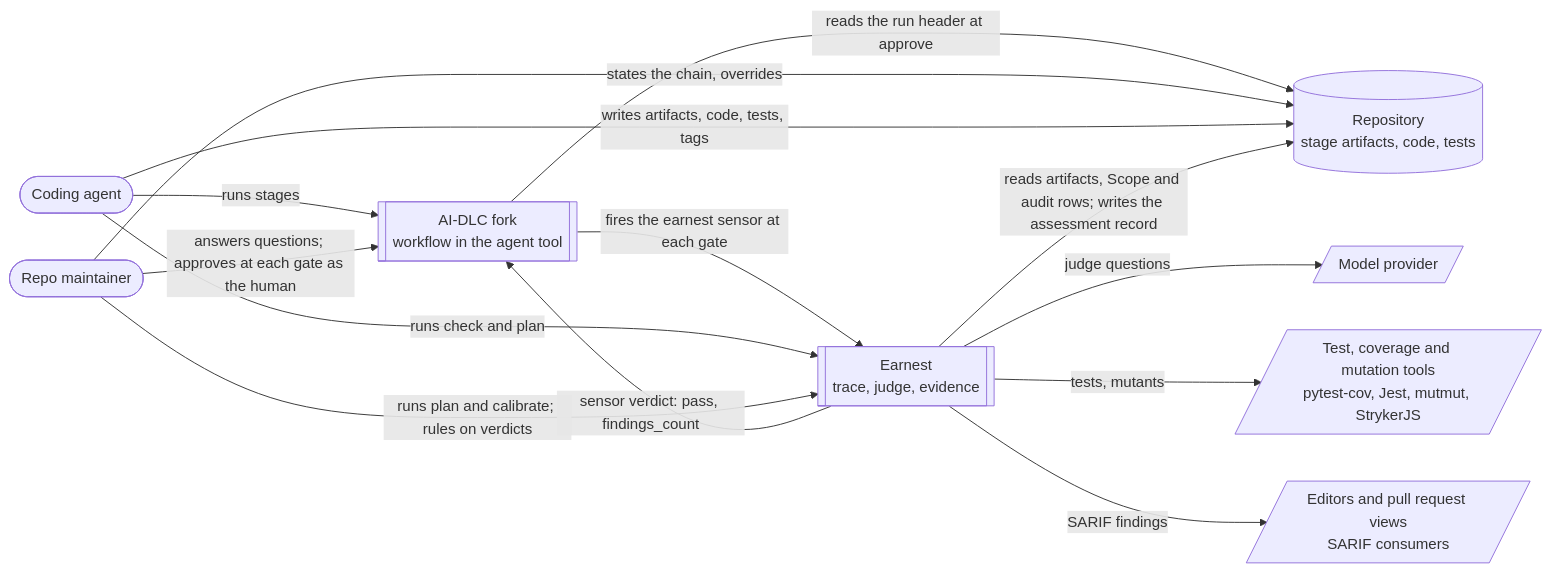
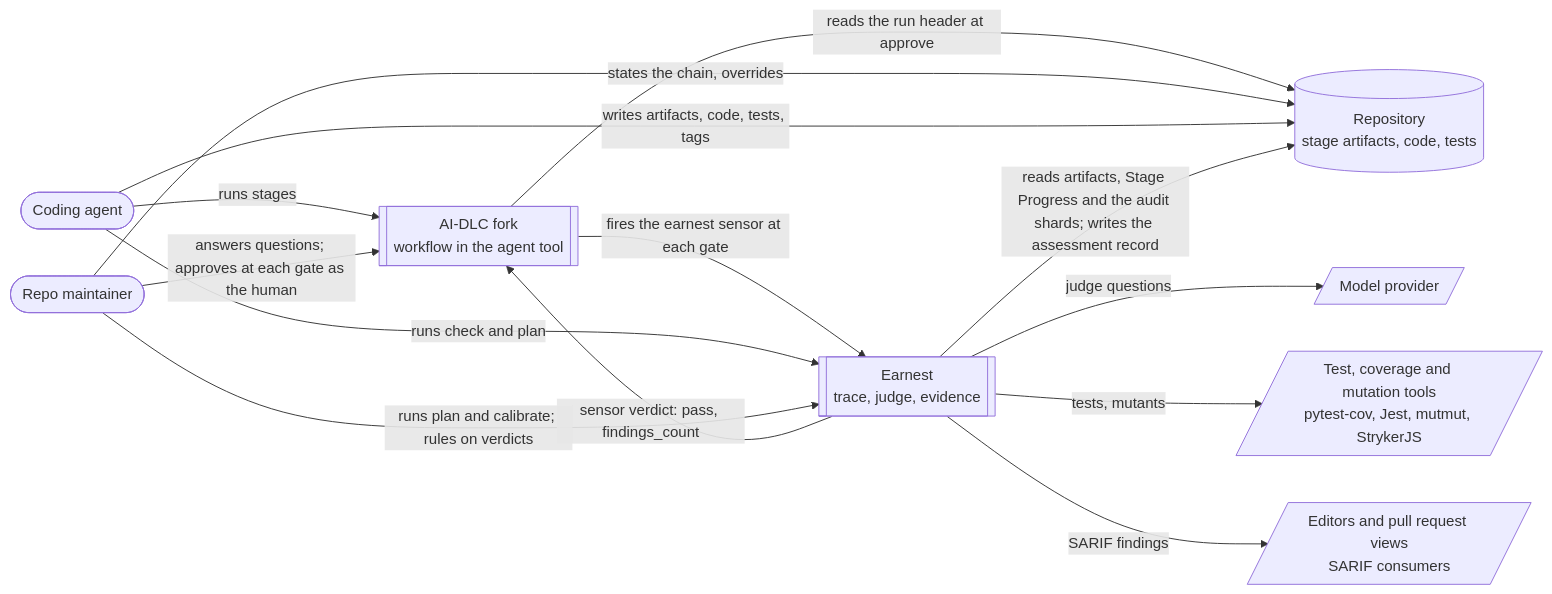
The second of 5 diagrams in docs/design/01-logic-design.md (nullrul/earnest), drawn with Mermaid before and after one commit. The commit also changed other lines of this file and 4 other files, not shown here.

````diff
--- a/docs/design/01-logic-design.md
+++ b/docs/design/01-logic-design.md
@@ -1008,25 +1089,25 @@
 ```mermaid
 flowchart LR
   agent([Coding agent])
   maint([Repo maintainer])
   aidlc[["AI-DLC fork<br/>workflow in the agent tool"]]
   earnest[["Earnest<br/>trace, judge, evidence"]]
   repo[("Repository<br/>stage artifacts, code, tests")]
   model[/"Model provider"/]
   runner[/"Test, coverage and mutation tools<br/>pytest-cov, Jest, mutmut, StrykerJS"/]
   surfaces[/"Editors and pull request views<br/>SARIF consumers"/]
 
   agent -- "runs stages" --> aidlc
   maint -- "answers questions; approves at each gate as the human" --> aidlc
   aidlc -- "fires the earnest sensor at each gate" --> earnest
   earnest -- "sensor verdict: pass, findings_count" --> aidlc
   aidlc -- "reads the run header at approve" --> repo
   agent -- "runs check and plan" --> earnest
   maint -- "runs plan and calibrate; rules on verdicts" --> earnest
   maint -- "states the chain, overrides" --> repo
   agent -- "writes artifacts, code, tests, tags" --> repo
-  earnest -- "reads artifacts, Scope and audit rows; writes the assessment record" --> repo
+  earnest -- "reads artifacts, Stage Progress and the audit shards; writes the assessment record" --> repo
   earnest -- "judge questions" --> model
   earnest -- "tests, mutants" --> runner
   earnest -- "SARIF findings" --> surfaces
 ```
````
